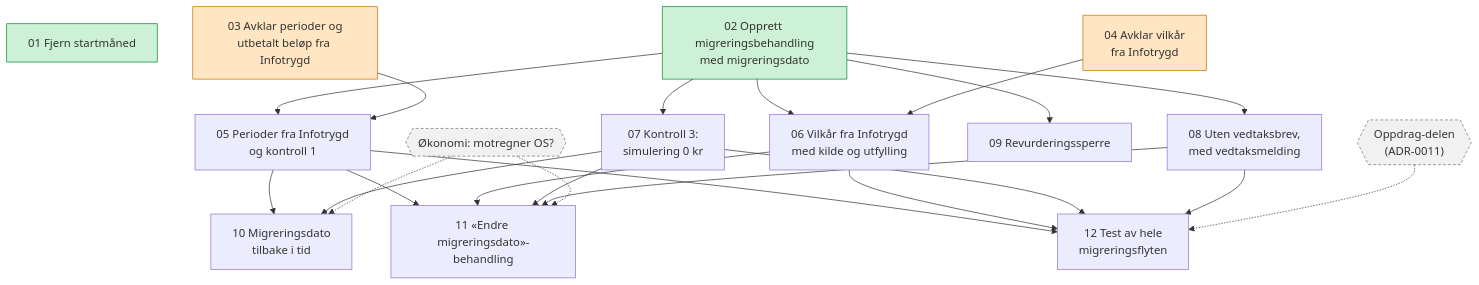
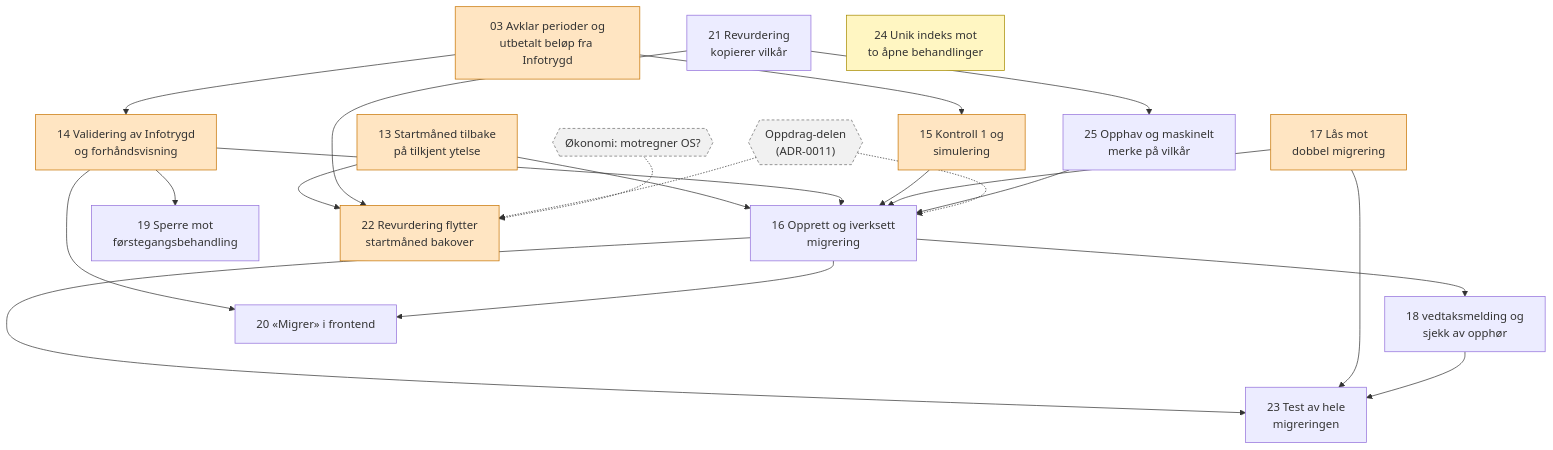
Before and after one commit to navikt/grunn-og-hjelpestonad: the diagram in .scratch/migrering/avhengigheter.md, drawn with Mermaid. The commit also changed other lines of this file and 40 other files, not shown here.

````diff
--- a/.scratch/migrering/avhengigheter.md
+++ b/.scratch/migrering/avhengigheter.md
@@ -11,50 +14,53 @@
 ```mermaid
 flowchart TD
-    T01["01 Fjern startmåned"]
-    T02["02 Opprett migreringsbehandling<br/>med migreringsdato"]
     T03["03 Avklar perioder og<br/>utbetalt beløp fra Infotrygd"]
-    T04["04 Avklar vilkår<br/>fra Infotrygd"]
-    T05["05 Perioder fra Infotrygd<br/>og kontroll 1"]
-    T06["06 Vilkår fra Infotrygd<br/>med kilde og utfylling"]
-    T07["07 Kontroll 3:<br/>simulering 0 kr"]
-    T08["08 Uten vedtaksbrev,<br/>med vedtaksmelding"]
-    T09["09 Revurderingssperre"]
-    T10["10 Migreringsdato<br/>tilbake i tid"]
-    T11["11 «Endre migreringsdato»-<br/>behandling"]
-    T12["12 Test av hele<br/>migreringsflyten"]
+    T13["13 Startmåned tilbake<br/>på tilkjent ytelse"]
+    T14["14 Validering av Infotrygd<br/>og forhåndsvisning"]
+    T15["15 Kontroll 1 og<br/>simulering"]
+    T16["16 Opprett og iverksett<br/>migrering"]
+    T17["17 Lås mot<br/>dobbel migrering"]
+    T18["18 vedtaksmelding og<br/>sjekk av opphør"]
+    T19["19 Sperre mot<br/>førstegangsbehandling"]
+    T20["20 «Migrer» i frontend"]
+    T21["21 Revurdering<br/>kopierer vilkår"]
+    T22["22 Revurdering flytter<br/>startmåned bakover"]
+    T23["23 Test av hele<br/>migreringen"]
+    T24["24 Unik indeks mot<br/>to åpne behandlinger"]
+    T25["25 Opphav og maskinelt<br/>merke på vilkår"]
 
     OKO{{"Økonomi: motregner OS?"}}
     OPP{{"Oppdrag-delen<br/>(ADR-0011)"}}
 
-    T02 --> T05
-    T03 --> T05
-    T02 --> T06
-    T04 --> T06
-    T02 --> T07
-    T02 --> T08
-    T02 --> T09
+    T03 --> T14
+    T03 --> T15
 
-    T05 --> T10
-    T07 --> T10
-    OKO -.-> T10
+    T13 --> T16
+    T14 --> T16
+    T15 --> T16
+    T17 --> T16
+    T25 --> T16
+    T21 --> T25
+    OPP -.-> T16
 
-    T05 --> T11
-    T06 --> T11
-    T07 --> T11
-    T08 --> T11
-    OKO -.-> T11
+    T16 --> T18
+    T14 --> T19
+    T14 --> T20
+    T16 --> T20
 
-    T05 --> T12
-    T06 --> T12
-    T07 --> T12
-    T08 --> T12
-    OPP -.-> T12
+    T13 --> T22
+    T21 --> T22
+    OPP -.-> T22
+    OKO -.-> T22
 
-    classDef klar fill:#ccf1d6,stroke:#06893a
+    T16 --> T23
+    T17 --> T23
+    T18 --> T23
+
     classDef menneske fill:#ffe5c2,stroke:#c77300
+    classDef triage fill:#fff6c2,stroke:#a68b00
     classDef ekstern fill:#f1f1f1,stroke:#707070,stroke-dasharray: 4 3
 
-    class T01,T02 klar
-    class T03,T04 menneske
+    class T03,T13,T14,T15,T17,T22 menneske
+    class T24 triage
     class OKO,OPP ekstern
 ```
````
